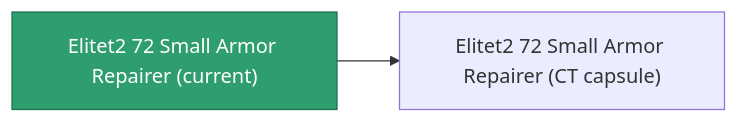
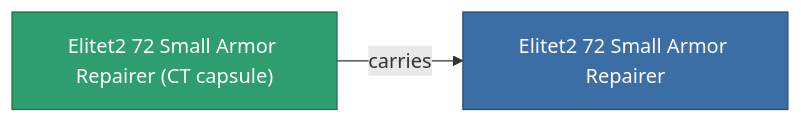
Before and after one commit to OpenPerpetuum/Wiki: the diagram in content/content/items/elitet2_72_small_armor_repairer.md, drawn with Mermaid. The commit also changed other lines of this file and 2015 other files, not shown here.

````diff
--- a/content/content/items/elitet2_72_small_armor_repairer.md
+++ b/content/content/items/elitet2_72_small_armor_repairer.md
@@ -36,8 +36,9 @@
 ```mermaid
 graph LR
-    a["Elitet2 72 Small Armor Repairer (current)"]:::current
-    b["Elitet2 72 Small Armor Repairer (CT capsule)"]
-    a --> b
-    click b "/content/items/elitet2-72-small-armor-repairer-ct-capsule/" "Elitet2 72 Small Armor Repairer (CT capsule)"
+    a["Elitet2 72 Small Armor Repairer (CT capsule)"]:::current
+    b["Elitet2 72 Small Armor Repairer"]:::finished
+    a -->|carries| b
+                click b "/content/items/elitet2-72-small-armor-repairer/" "Elitet2 72 Small Armor Repairer"
     classDef current fill:#2f9e6f,stroke:#1f6f4a,color:#ffffff
+    classDef finished fill:#3b6ea5,stroke:#274a75,color:#ffffff
 ```
````
